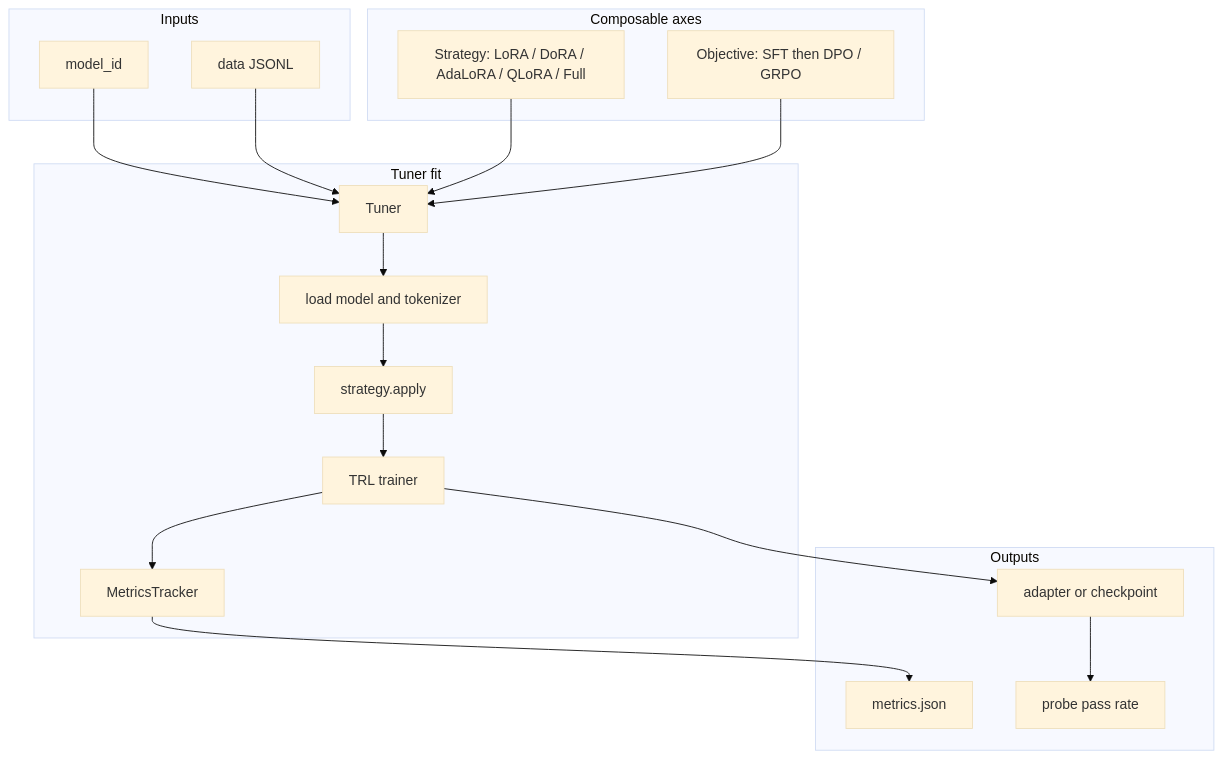
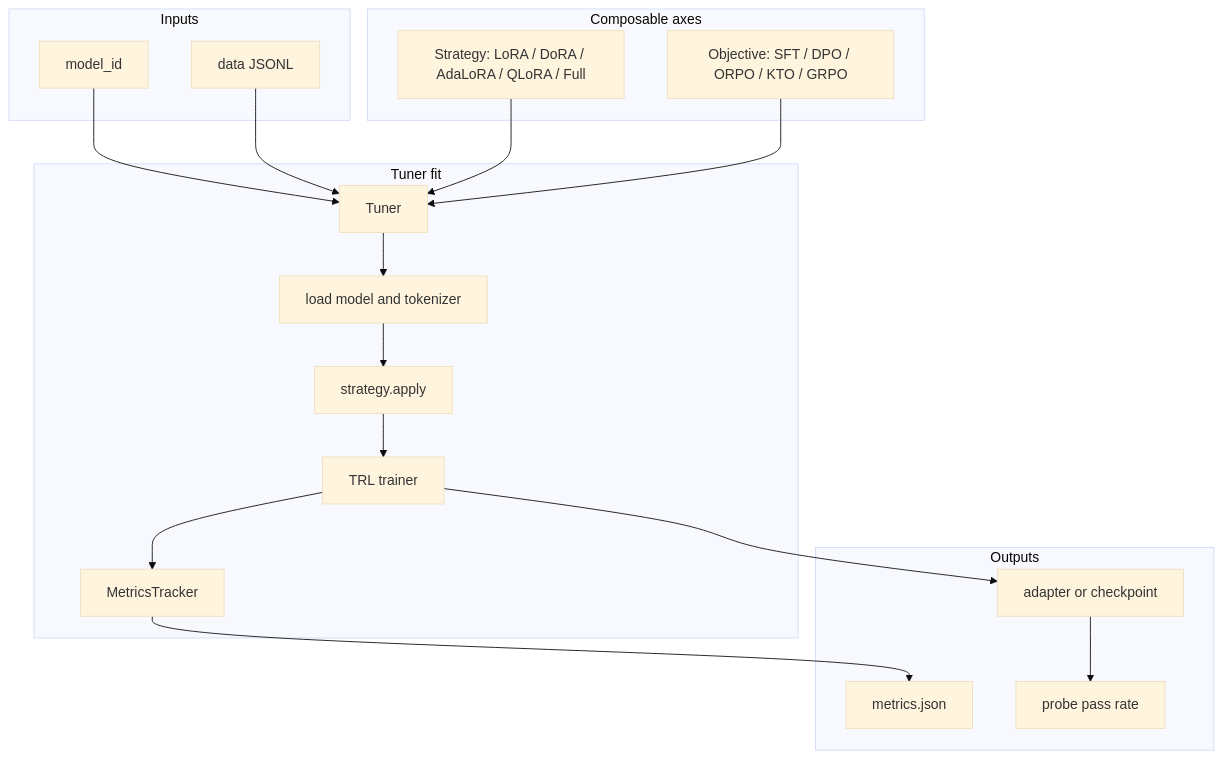
One commit to slickml/slick-tune changed the diagram in README.md. Above: the diagram before and after it, drawn with Mermaid (base theme). The commit also changed other lines of this file and 12 other files, not shown here.

````diff
--- a/README.md
+++ b/README.md
@@ -59,35 +59,35 @@
 ```mermaid
 flowchart TB
   subgraph inputs [Inputs]
     modelId[model_id]
     dataJsonl[data JSONL]
   end
 
   subgraph axes [Composable axes]
     strategyNode["Strategy: LoRA / DoRA / AdaLoRA / QLoRA / Full"]
-    objectiveNode["Objective: SFT then DPO / GRPO"]
+    objectiveNode["Objective: SFT / DPO / ORPO / KTO / GRPO"]
   end
 
   subgraph core [Tuner fit]
     tuner[Tuner]
     loadStep[load model and tokenizer]
     applyStep[strategy.apply]
     trainStep[TRL trainer]
     metricsStep[MetricsTracker]
   end
 
   subgraph outputs [Outputs]
     checkpoint[adapter or checkpoint]
     metricsFile[metrics.json]
     probeRate[probe pass rate]
   end
 
   modelId --> tuner
   dataJsonl --> tuner
   strategyNode --> tuner
   objectiveNode --> tuner
   tuner --> loadStep --> applyStep --> trainStep --> metricsStep
   trainStep --> checkpoint
   metricsStep --> metricsFile
   checkpoint --> probeRate
 ```
````
